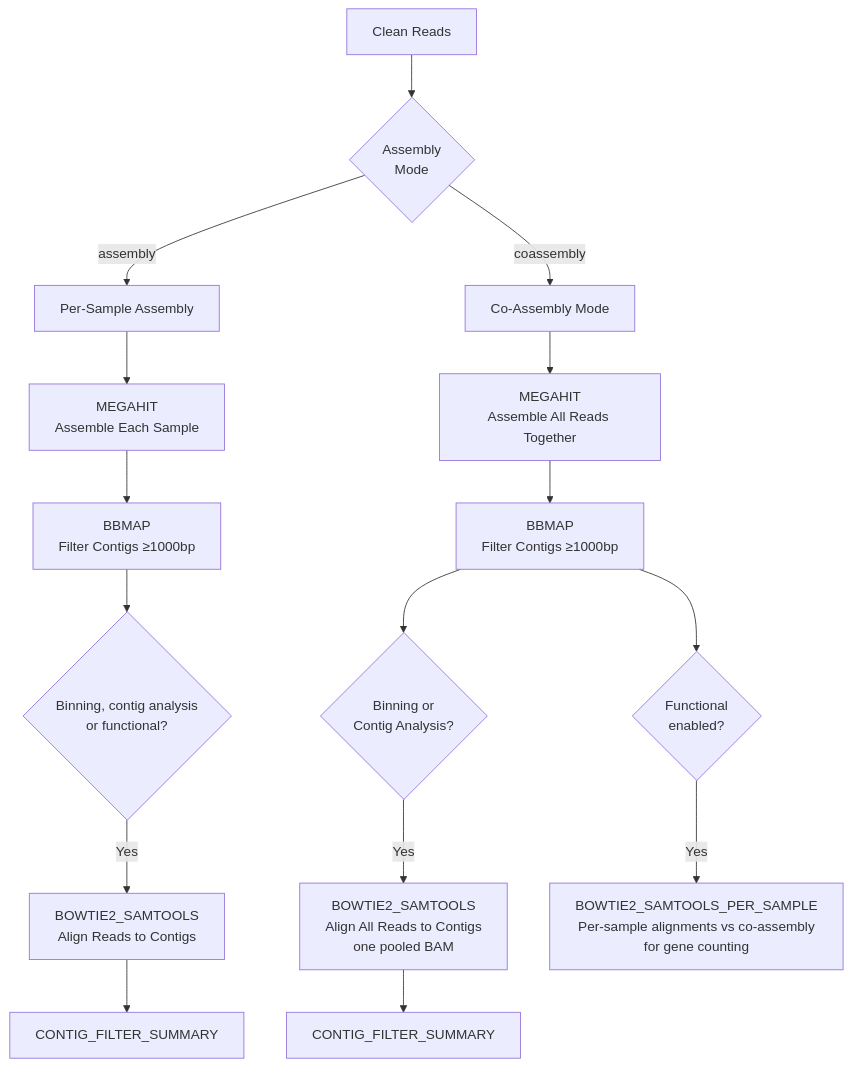
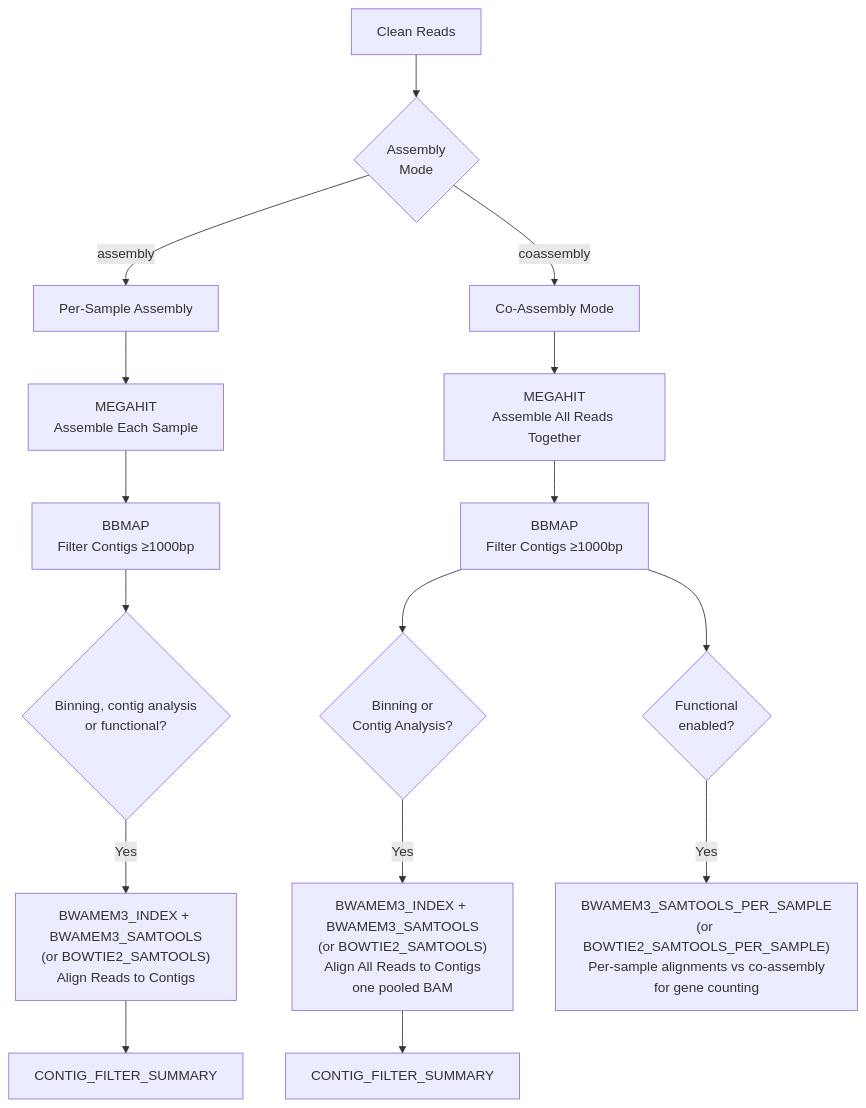
The sixth of 8 diagrams in docs/WORKFLOW_DIAGRAM.md (gene2dis/BugBuster), drawn with Mermaid before and after one commit. The commit also changed other lines of this file and 14 other files, not shown here.

````diff
--- a/docs/WORKFLOW_DIAGRAM.md
+++ b/docs/WORKFLOW_DIAGRAM.md
@@ -211,20 +211,20 @@
 ```mermaid
 flowchart TD
     Reads[Clean Reads] --> Mode{Assembly<br/>Mode}
     
     Mode -->|assembly| PerSample[Per-Sample Assembly]
     PerSample --> MEGAHIT1[MEGAHIT<br/>Assemble Each Sample]
     MEGAHIT1 --> BBMAP1[BBMAP<br/>Filter Contigs ≥1000bp]
     BBMAP1 --> Align1{Binning, contig analysis<br/>or functional?}
-    Align1 -->|Yes| Bowtie1[BOWTIE2_SAMTOOLS<br/>Align Reads to Contigs]
+    Align1 -->|Yes| Bowtie1["BWAMEM3_INDEX + BWAMEM3_SAMTOOLS<br/>(or BOWTIE2_SAMTOOLS)<br/>Align Reads to Contigs"]
     Bowtie1 --> Summary1[CONTIG_FILTER_SUMMARY]
     
     Mode -->|coassembly| CoAssembly[Co-Assembly Mode]
     CoAssembly --> MEGAHIT2[MEGAHIT<br/>Assemble All Reads Together]
     MEGAHIT2 --> BBMAP2[BBMAP<br/>Filter Contigs ≥1000bp]
     BBMAP2 --> Align2{Binning or<br/>Contig Analysis?}
-    Align2 -->|Yes| Bowtie2[BOWTIE2_SAMTOOLS<br/>Align All Reads to Contigs<br/>one pooled BAM]
+    Align2 -->|Yes| Bowtie2["BWAMEM3_INDEX + BWAMEM3_SAMTOOLS<br/>(or BOWTIE2_SAMTOOLS)<br/>Align All Reads to Contigs<br/>one pooled BAM"]
     BBMAP2 --> AlignFunc{Functional<br/>enabled?}
-    AlignFunc -->|Yes| BowtiePS[BOWTIE2_SAMTOOLS_PER_SAMPLE<br/>Per-sample alignments vs co-assembly<br/>for gene counting]
+    AlignFunc -->|Yes| BowtiePS["BWAMEM3_SAMTOOLS_PER_SAMPLE<br/>(or BOWTIE2_SAMTOOLS_PER_SAMPLE)<br/>Per-sample alignments vs co-assembly<br/>for gene counting"]
     Bowtie2 --> Summary2[CONTIG_FILTER_SUMMARY]
 ```
````
